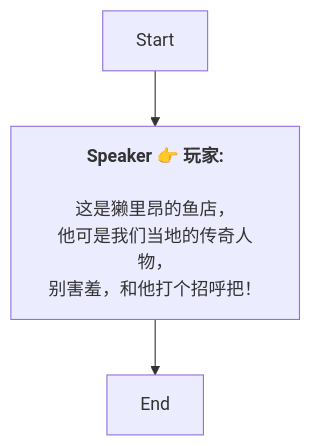
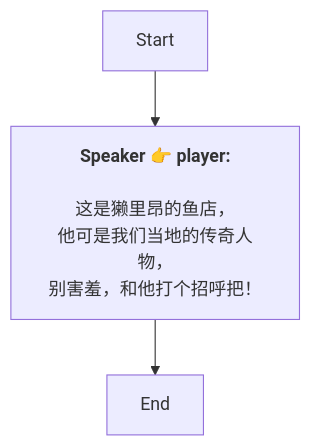
The diagram in Zh/AddDialogNode_1772249967784086.md (SoftHu/tos_avg), drawn with Mermaid before and after one commit. The commit also changed 737 other files, not shown here.

````diff
--- a/Zh/AddDialogNode_1772249967784086.md
+++ b/Zh/AddDialogNode_1772249967784086.md
@@ -1,10 +1,9 @@
 ```mermaid
 graph
-Start -->1772249999193242[<b>Speaker 👉 玩家:</b>
-
-这是獭里昂的鱼店，
+Start -->1772249999193242[<b>Speaker 👉 player:</b>
+\n这是獭里昂的鱼店，
 他可是我们当地的传奇人物，
 别害羞，和他打个招呼把！]
 1772249999193242 -->1772249999194267[End]
 
- ```
+```
````
